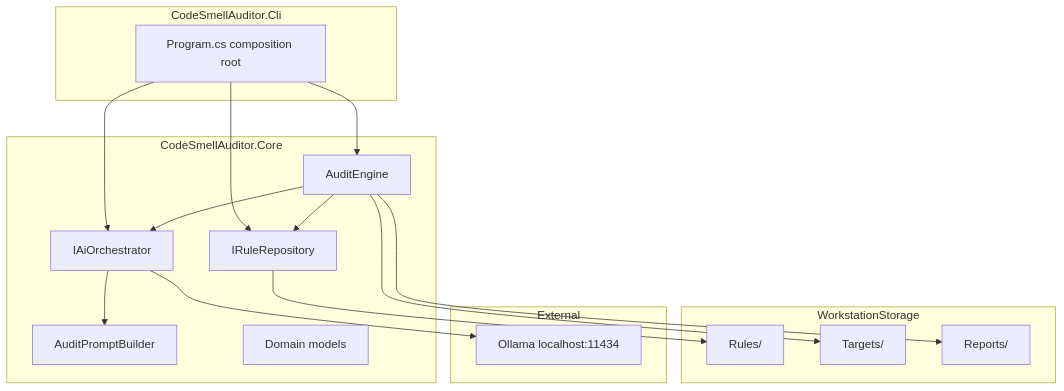
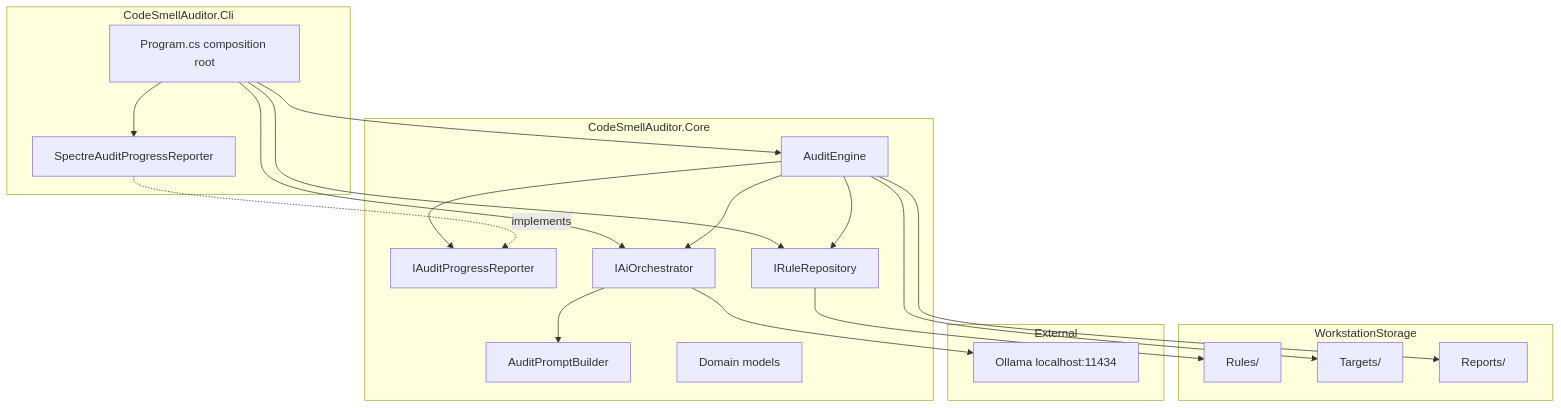
One commit to TimoKuronen/CodeSmellAuditor changed the diagram in docs/architecture.md. Above: the diagram before and after it, drawn with Mermaid. The commit also changed 7 other files, not shown here.

````diff
--- a/docs/architecture.md
+++ b/docs/architecture.md
@@ -7,35 +7,40 @@
 ```mermaid
 flowchart TB
     subgraph cli [CodeSmellAuditor.Cli]
         Program[Program.cs composition root]
+        Reporter[SpectreAuditProgressReporter]
     end
 
     subgraph core [CodeSmellAuditor.Core]
         Engine[AuditEngine]
+        Progress[IAuditProgressReporter]
         Rules[IRuleRepository]
         AI[IAiOrchestrator]
         PromptBuilder[AuditPromptBuilder]
         Models[Domain models]
     end
 
     subgraph storage [WorkstationStorage]
         RulesFolder[Rules/]
         TargetsFolder[Targets/]
         ReportsFolder[Reports/]
     end
 
     subgraph external [External]
         Ollama[Ollama localhost:11434]
     end
 
     Program --> Engine
     Program --> Rules
     Program --> AI
+    Program --> Reporter
+    Engine --> Progress
+    Reporter -.implements.-> Progress
     Engine --> Rules
     Engine --> AI
     AI --> PromptBuilder
     Rules --> RulesFolder
     Engine --> TargetsFolder
     Engine --> ReportsFolder
     AI --> Ollama
 ```
````
